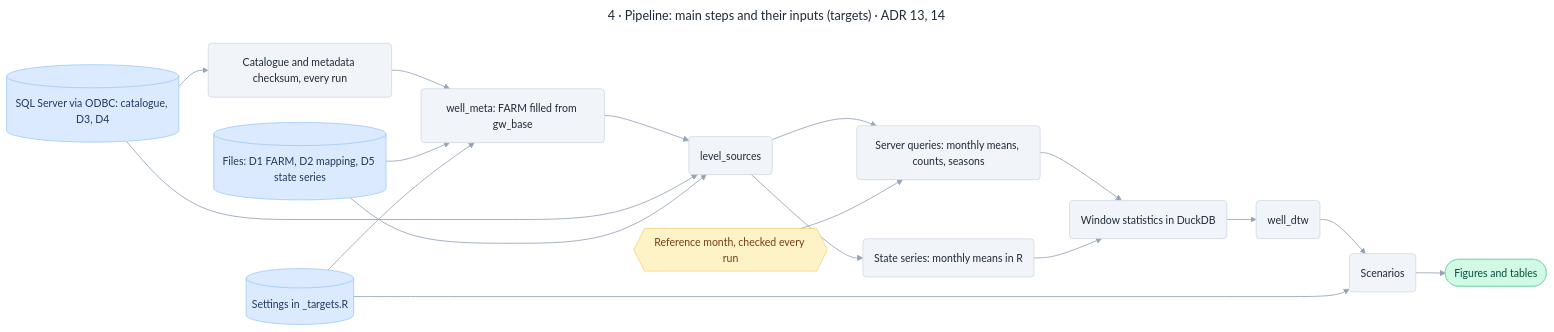
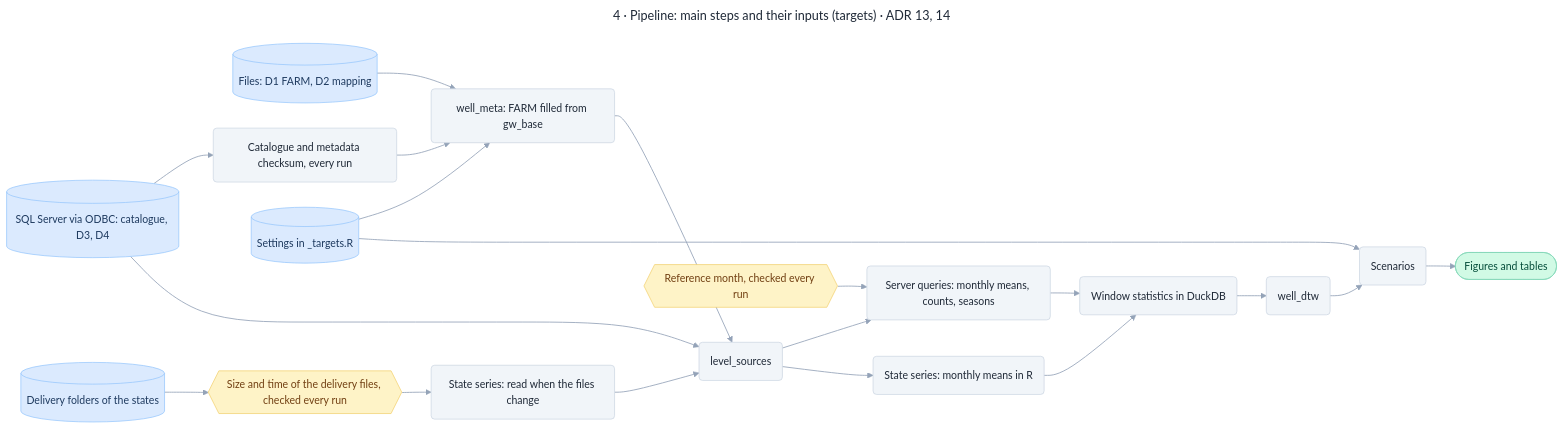
The diagram in docs/diagrams/pipeline.mmd (MxNl/groundwater_obswells), drawn with Mermaid before and after one commit. The commit also changed 14 other files, not shown here.

First line of the commit message:
State level series read in the pipeline

```diff
--- a/docs/diagrams/pipeline.mmd
+++ b/docs/diagrams/pipeline.mmd
@@ -1,55 +1,58 @@
 ---
 title: "4 · Pipeline: main steps and their inputs (targets) · ADR 13, 14"
 config:
   theme: base
   themeVariables:
     fontFamily: Noto Sans Display
     fontSize: 15px
     primaryTextColor: "#1f2937"
     lineColor: "#94a3b8"
     clusterBkg: "#f8fafc"
     clusterBorder: "#e2e8f0"
     titleColor: "#475569"
   flowchart:
     wrappingWidth: 230
     padding: 16
     nodeSpacing: 36
     rankSpacing: 42
     curve: basis
 ---
 flowchart LR
   classDef data fill:#dbeafe,stroke:#93c5fd,stroke-width:1px,color:#1e3a5f
   classDef step fill:#f1f5f9,stroke:#cbd5e1,stroke-width:1px,color:#1f2937
   classDef rule fill:#fef3c7,stroke:#f2cf6b,stroke-width:1px,color:#713f12
   classDef out fill:#d1fae5,stroke:#86d9b9,stroke-width:1px,color:#064e3b
 
   db[("SQL Server via ODBC: catalogue, D3, D4")]:::data
-  files[("Files: D1 FARM, D2 mapping, D5 state series")]:::data
+  files[("Files: D1 FARM, D2 mapping")]:::data
+  dl[("Delivery folders of the states")]:::data
+  stl("State series: read when the files change"):::step
+  inp{{"Size and time of the delivery files, checked every run"}}:::rule
   cfg[("Settings in _targets.R")]:::data
 
   cat("Catalogue and metadata checksum, every run"):::step
   meta("well_meta: FARM filled from gw_base"):::step
   src("level_sources"):::step
   q("Server queries: monthly means, counts, seasons"):::step
   loc("State series: monthly means in R"):::step
   stats("Window statistics in DuckDB"):::step
   dtw("well_dtw"):::step
   sc("Scenarios"):::step
   plots(["Figures and tables"]):::out
   ref{{"Reference month, checked every run"}}:::rule
 
   db --> cat --> meta
   files --> meta
   meta --> src
   db --> src
-  files --> src
+  dl --> inp --> stl --> src
   src --> q
   src --> loc
   ref --> q
   q --> stats
   loc --> stats
   stats --> dtw --> sc --> plots
   cfg --> meta
   cfg --> sc
 
   linkStyle default stroke-width:1.2px
```
